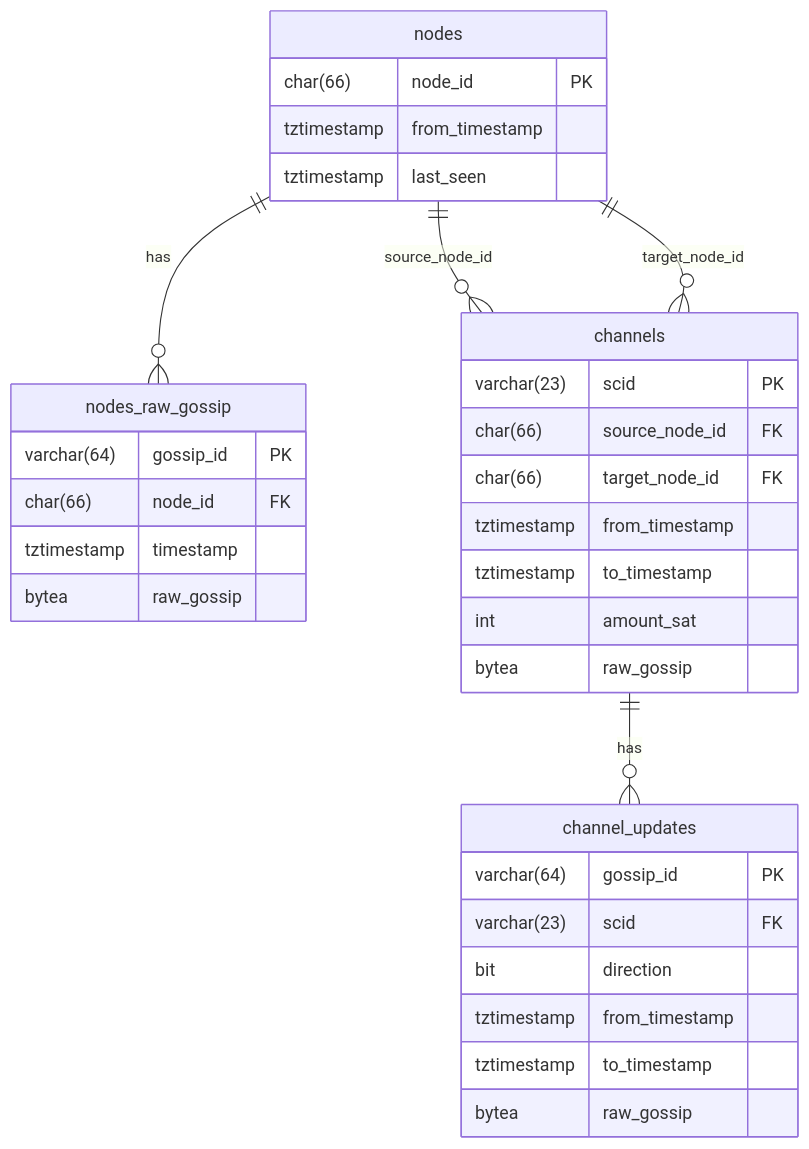
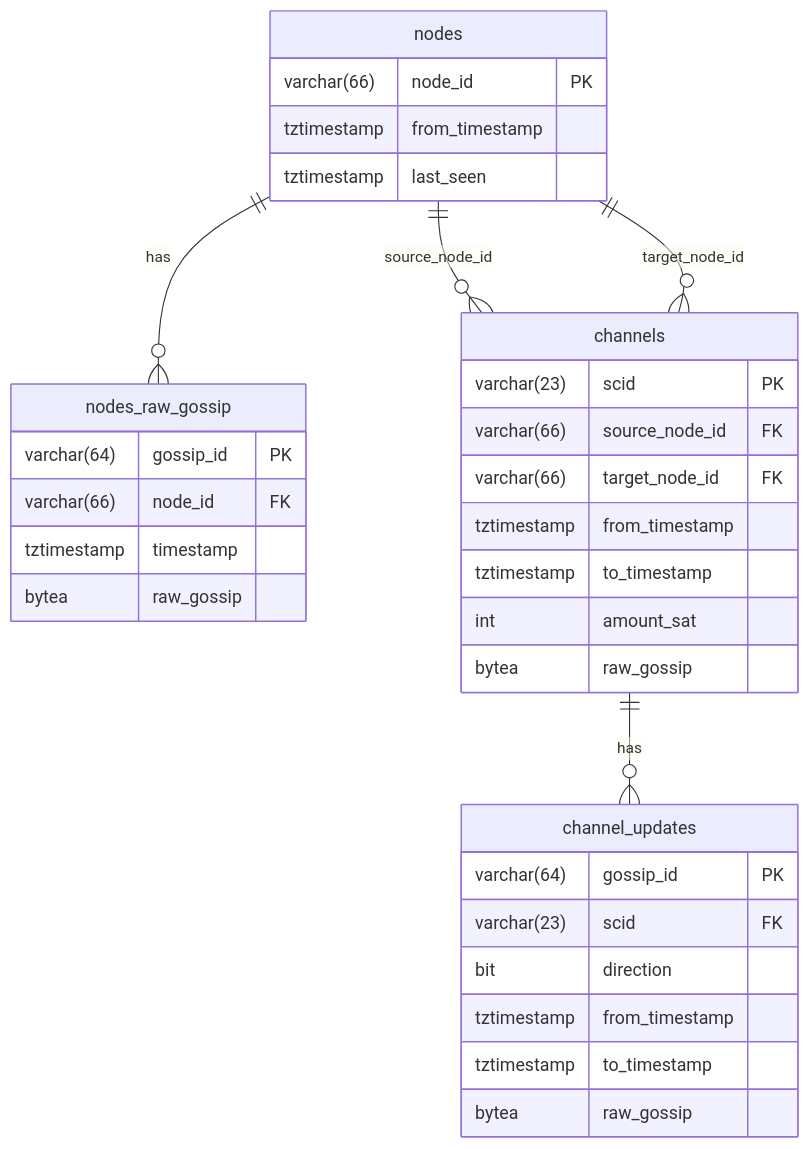
The diagram in docs/guide/database_creation.mdx (ln-history/documentation), drawn with Mermaid before and after one commit. The commit also changed other lines of this file and 2 other files, not shown here.

````diff
--- a/docs/guide/database_creation.mdx
+++ b/docs/guide/database_creation.mdx
@@ -17,39 +19,39 @@
 ```mermaid
 erDiagram
     nodes ||--o{ nodes_raw_gossip : has
     nodes ||--o{ channels : "source_node_id"
     nodes ||--o{ channels : "target_node_id"
     channels ||--o{ channel_updates : has
 
     nodes {
-        char(66) node_id PK
+        varchar(66) node_id PK
         tztimestamp from_timestamp
         tztimestamp last_seen
     }
 
     nodes_raw_gossip {
         varchar(64) gossip_id PK
-        char(66) node_id FK
+        varchar(66) node_id FK
         tztimestamp timestamp
         bytea raw_gossip
     }
 
     channels {
         varchar(23) scid PK
-        char(66) source_node_id FK
-        char(66) target_node_id FK
+        varchar(66) source_node_id FK
+        varchar(66) target_node_id FK
         tztimestamp from_timestamp
         tztimestamp to_timestamp
         int amount_sat
         bytea raw_gossip
     }
 
     channel_updates {
         varchar(64) gossip_id PK
         varchar(23) scid FK
         bit direction
         tztimestamp from_timestamp
         tztimestamp to_timestamp
         bytea raw_gossip
     }
 ```
````
